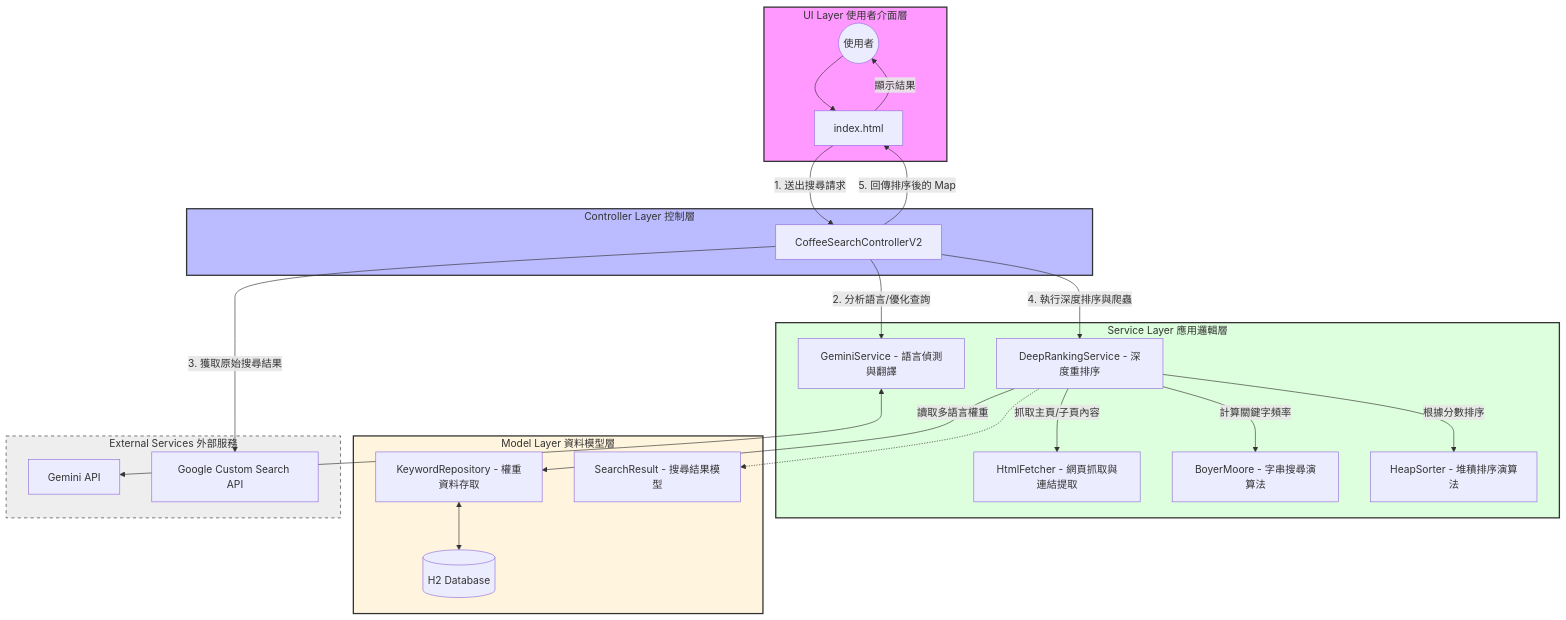
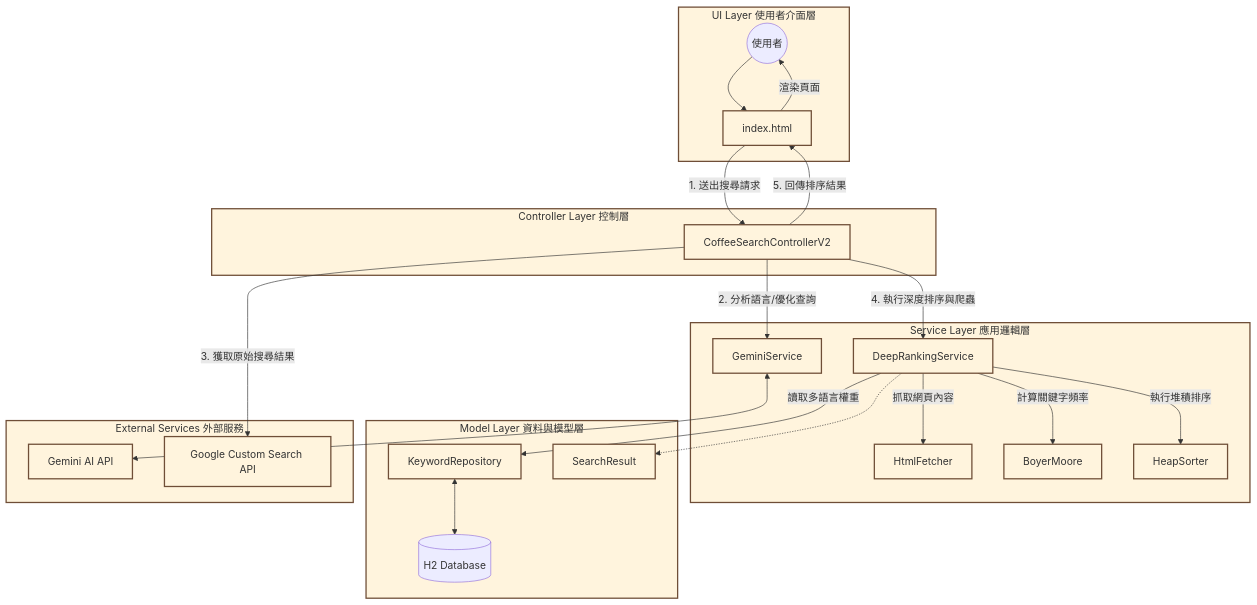
Before and after one commit to ylin08051005/DS_final_project: the first of 5 diagrams in README.md, drawn with Mermaid.

````diff
--- a/README.md
+++ b/README.md
@@ -4,63 +4,63 @@
 ```mermaid
 flowchart TD
+    %% 全域樣式定義
+    classDef unifiedStyle fill:#fff4dd,stroke:#6F4E37,stroke-width:2px,color:#333
+
     %% 使用者介面層
     subgraph UI_Layer ["UI Layer 使用者介面層"]
         User((使用者))
         Index[index.html]
     end
 
     %% 控制層
     subgraph Controller_Layer ["Controller Layer 控制層"]
         C2[CoffeeSearchControllerV2]
     end
 
     %% 應用邏輯層
     subgraph Service_Layer ["Service Layer 應用邏輯層"]
-        GS[GeminiService - 語言偵測與翻譯]
-        DRS[DeepRankingService - 深度重排序]
-        HF[HtmlFetcher - 網頁抓取與連結提取]
-        BM[BoyerMoore - 字串搜尋演算法]
-        HS[HeapSorter - 堆積排序演算法]
+        GS[GeminiService]
+        DRS[DeepRankingService]
+        HF[HtmlFetcher]
+        BM[BoyerMoore]
+        HS[HeapSorter]
     end
 
-    %% 工具與資料模型層
-    subgraph Model_Layer ["Model Layer 資料模型層"]
-        KR[KeywordRepository - 權重資料存取]
-        SR[SearchResult - 搜尋結果模型]
+    %% 資料與模型層
+    subgraph Model_Layer ["Model Layer 資料與模型層"]
+        KR[KeywordRepository]
+        SR[SearchResult]
         M_DB[(H2 Database)]
     end
 
     %% 外部服務
     subgraph External_Services ["External Services 外部服務"]
-        GE_API[Gemini API]
+        GE_API[Gemini AI API]
         GS_API[Google Custom Search API]
     end
 
     %% 流程連線
     User --> Index
     Index -- "1. 送出搜尋請求" --> C2
     
+    %% 修正後的外部 API 呼叫路徑
     C2 -- "2. 分析語言/優化查詢" --> GS
     GS <--> GE_API
     
     C2 -- "3. 獲取原始搜尋結果" --> GS_API
     
     C2 -- "4. 執行深度排序與爬蟲" --> DRS
-    DRS -- "抓取主頁/子頁內容" --> HF
+    DRS -- "抓取網頁內容" --> HF
     DRS -- "計算關鍵字頻率" --> BM
-    DRS -- "根據分數排序" --> HS
+    DRS -- "執行堆積排序" --> HS
     
     DRS -- "讀取多語言權重" --> KR
     KR <--> M_DB
     
     DRS -.-> SR
-    C2 -- "5. 回傳排序後的 Map" --> Index
-    Index -- "顯示結果" --> User
+    C2 -- "5. 回傳排序結果" --> Index
+    Index -- "渲染頁面" --> User
 
-    %% 樣式設定
-    style UI_Layer fill:#f9f,stroke:#333,stroke-width:2px
-    style Controller_Layer fill:#bbf,stroke:#333,stroke-width:2px
-    style Service_Layer fill:#dfd,stroke:#333,stroke-width:2px
-    style Model_Layer fill:#fff4dd,stroke:#333,stroke-width:2px
-    style External_Services fill:#eee,stroke:#333,stroke-dasharray: 5 5
+    %% 套用統一顏色
+    class UI_Layer,Controller_Layer,Service_Layer,Model_Layer,External_Services,Index,C2,GS,DRS,HF,BM,HS,KR,SR,GE_API,GS_API unifiedStyle
 ```
````
